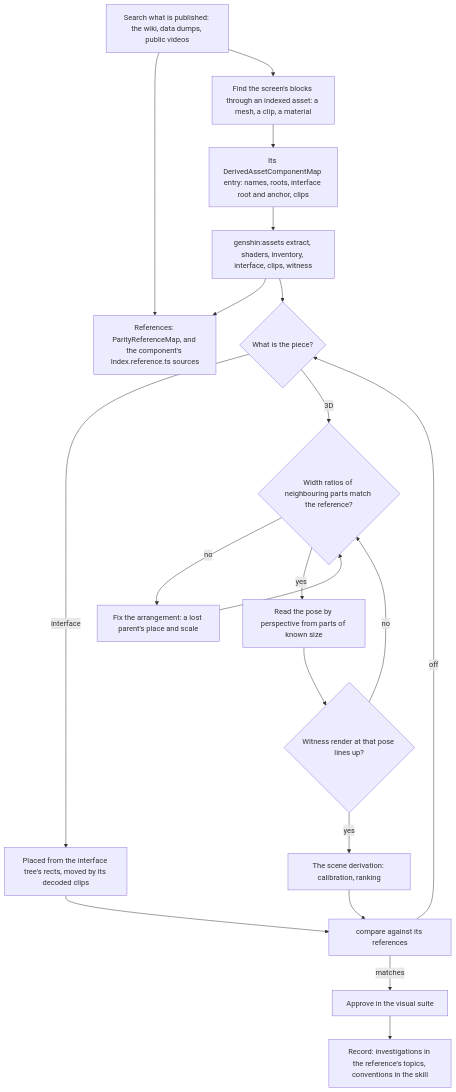
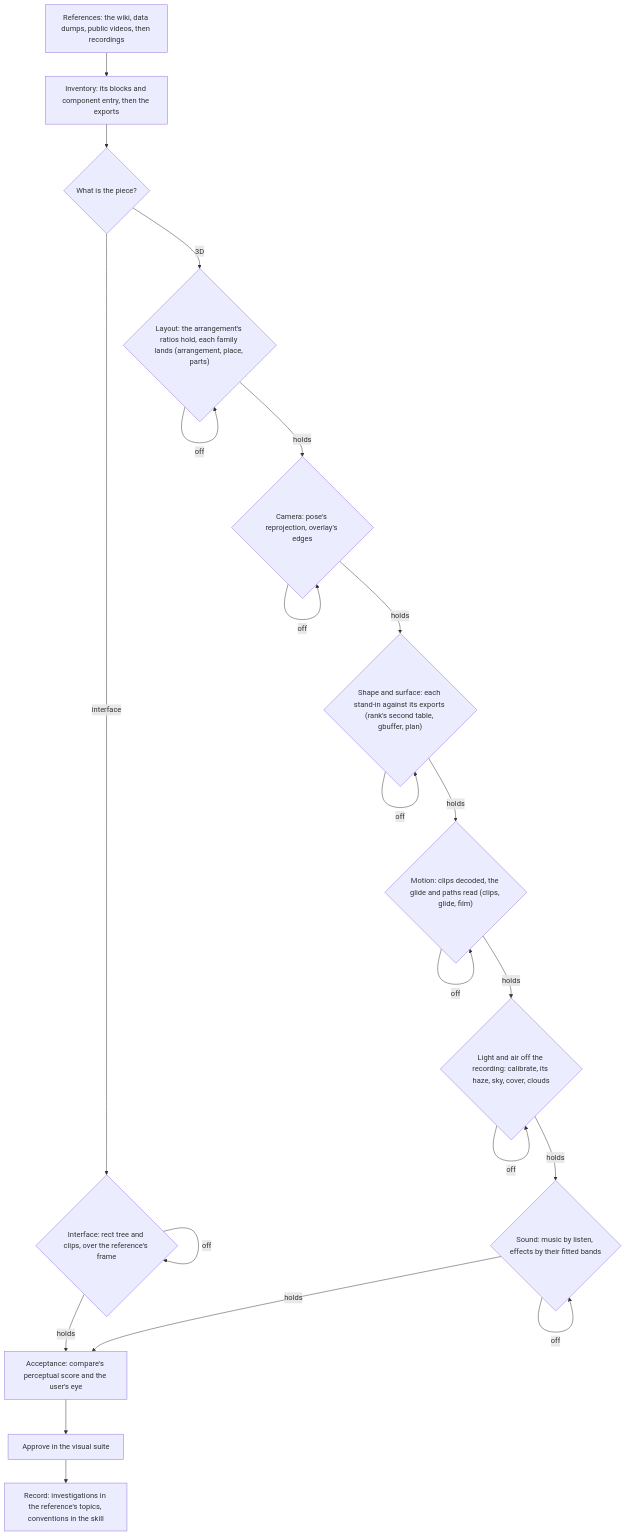
Before and after one commit to Esposter/Esposter: the second of 2 diagrams in apps/web/content/docs/genshin/parity.md, drawn with Mermaid. The commit also changed other lines of this file and 15 other files, not shown here.

````diff
--- a/apps/web/content/docs/genshin/parity.md
+++ b/apps/web/content/docs/genshin/parity.md
@@ -55,22 +55,23 @@
 ```mermaid
 flowchart TD
-  P["Search what is published: the wiki, data dumps, public videos"] --> REF["References: ParityReferenceMap, and the component's Index.reference.ts sources"]
-  P --> B["Find the screen's blocks through an indexed asset: a mesh, a clip, a material"]
-  B --> MAP["Its DerivedAssetComponentMap entry: names, roots, interface root and anchor, clips"]
-  MAP --> RUN["genshin:assets extract, shaders, inventory, interface, clips, witness"]
-  RUN --> REF
-  RUN --> K{What is the piece?}
-  K -->|"interface"| UI["Placed from the interface tree's rects, moved by its decoded clips"]
-  K -->|"3D"| AR{"Width ratios of neighbouring parts match the reference?"}
-  AR -->|no| PAR["Fix the arrangement: a lost parent's place and scale"]
-  PAR --> AR
-  AR -->|yes| POSE["Read the pose by perspective from parts of known size"]
-  POSE --> W{"Witness render at that pose lines up?"}
-  W -->|no| AR
-  W -->|yes| SD["The scene derivation: calibration, ranking"]
-  UI --> C["compare against its references"]
-  SD --> C
-  C -->|off| K
-  C -->|matches| V["Approve in the visual suite"]
+  P["References: the wiki, data dumps, public videos, then recordings"] --> I["Inventory: its blocks and component entry, then the exports"]
+  I --> K{What is the piece?}
+  K -->|"interface"| UI{"Interface: rect tree and clips, over the reference's frame"}
+  UI -->|off| UI
+  K -->|"3D"| L{"Layout: the arrangement's ratios hold, each family lands (arrangement, place, parts)"}
+  L -->|off| L
+  L -->|holds| C{"Camera: pose's reprojection, overlay's edges"}
+  C -->|off| C
+  C -->|holds| S{"Shape and surface: each stand-in against its exports (rank's second table, gbuffer, plan)"}
+  S -->|off| S
+  S -->|holds| M{"Motion: clips decoded, the glide and paths read (clips, glide, film)"}
+  M -->|off| M
+  M -->|holds| G{"Light and air off the recording: calibrate, its haze, sky, cover, clouds"}
+  G -->|off| G
+  G -->|holds| N{"Sound: music by listen, effects by their fitted bands"}
+  N -->|off| N
+  N -->|holds| A["Acceptance: compare's perceptual score and the user's eye"]
+  UI -->|holds| A
+  A --> V["Approve in the visual suite"]
   V --> R["Record: investigations in the reference's topics, conventions in the skill"]
 ```
````
